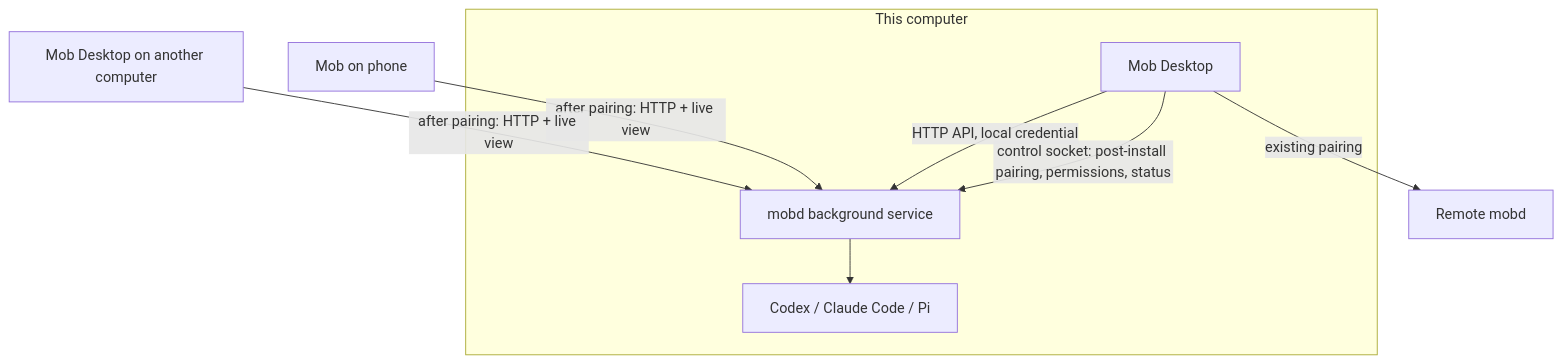
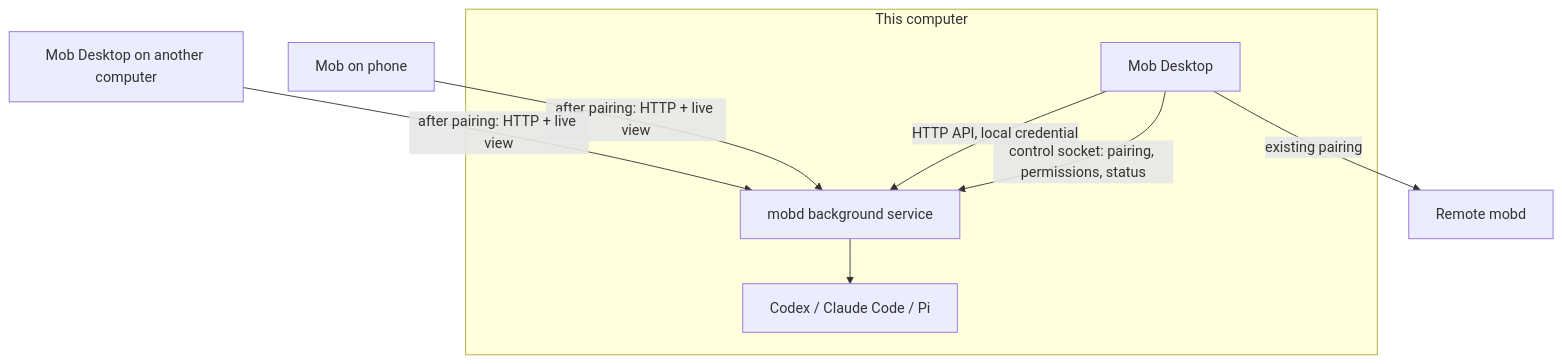
One commit to xrdavies/mobd changed the diagram in docs/mob-desktop-local-mobd.md. Above: the diagram before and after it, drawn with Mermaid. The commit also changed other lines of this file, not shown here.

Commit message:
docs(desktop): local mobd as feature, decisions and design

````diff
--- a/docs/mob-desktop-local-mobd.md
+++ b/docs/mob-desktop-local-mobd.md
@@ -25,11 +139,11 @@
 ```mermaid
 flowchart TB
     subgraph LOCAL[This computer]
-        DESK[Mob Desktop] -->|control socket: post-install pairing, permissions, status| D[mobd background service]
+        DESK[Mob Desktop] -->|control socket: pairing, permissions, status| D[mobd background service]
         DESK -->|HTTP API, local credential| D
         D --> AGENT[Codex / Claude Code / Pi]
     end
     PHONE[Mob on phone] -->|after pairing: HTTP + live view| D
     OTHER[Mob Desktop on another computer] -->|after pairing: HTTP + live view| D
     DESK -->|existing pairing| REMOTE[Remote mobd]
 ```
````
